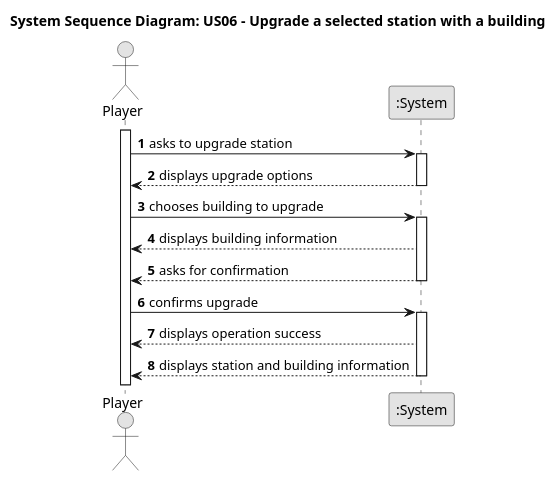
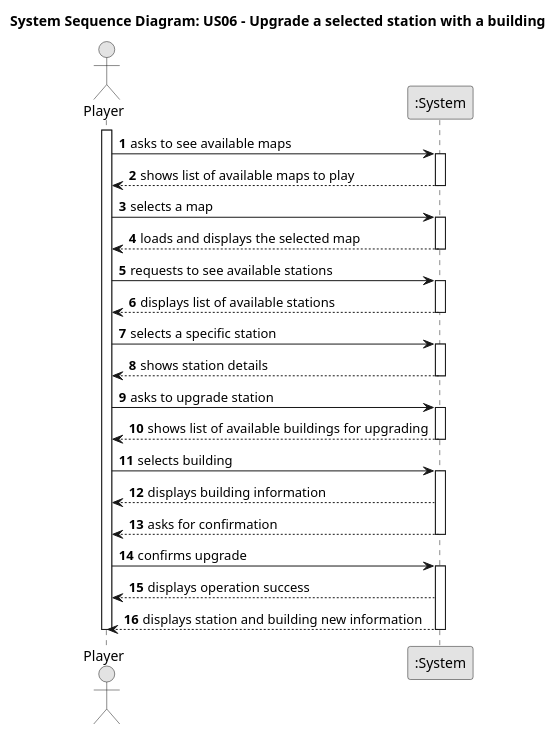
The diagram in docs/system-documentation/Sprint 2/US06/01.requirements-engineering/puml/US006-SSD.puml (HenriqueSilva18/Railway-Network-Simulator), drawn with PlantUML before and after one commit. The commit also changed 22 other files, not shown here.

```diff
--- a/docs/system-documentation/Sprint 2/US06/01.requirements-engineering/puml/US006-SSD.puml
+++ b/docs/system-documentation/Sprint 2/US06/01.requirements-engineering/puml/US006-SSD.puml
@@ -1,30 +1,51 @@
 @startuml
 skinparam monochrome true
 skinparam packageStyle rectangle
 skinparam shadowing false
 
 autonumber
 
 title System Sequence Diagram: US06 - Upgrade a selected station with a building
 
 actor "Player" as player
 participant ":System" as system
 
 activate player
+player -> system: asks to see available maps
+activate system
+system --> player: shows list of available maps to play
+deactivate system
 
-    player -> system: asks to upgrade station
-        activate system
-        system --> player: displays upgrade options
-        deactivate system
-    player -> system: chooses building to upgrade
-        activate system
-        system --> player: displays building information
-        system --> player: asks for confirmation
-        deactivate system
-    player -> system: confirms upgrade
-        activate system
-        system --> player: displays operation success
-        system --> player: displays station and building information
-        deactivate system
+player -> system: selects a map
+activate system
+system --> player: loads and displays the selected map
+deactivate system
 
+player -> system: requests to see available stations
+activate system
+system --> player: displays list of available stations
+deactivate system
+
+player -> system: selects a specific station
+activate system
+system --> player: shows station details
+deactivate system
+player -> system: asks to upgrade station
+activate system
+system --> player: shows list of available buildings for upgrading
+deactivate system
+
+player -> system: selects building
+activate system
+system --> player: displays building information
+system --> player: asks for confirmation
+deactivate system
+
+player -> system: confirms upgrade
+activate system
+system --> player: displays operation success
+system --> player: displays station and building new information
+deactivate system
+
+deactivate player
 @enduml
```
